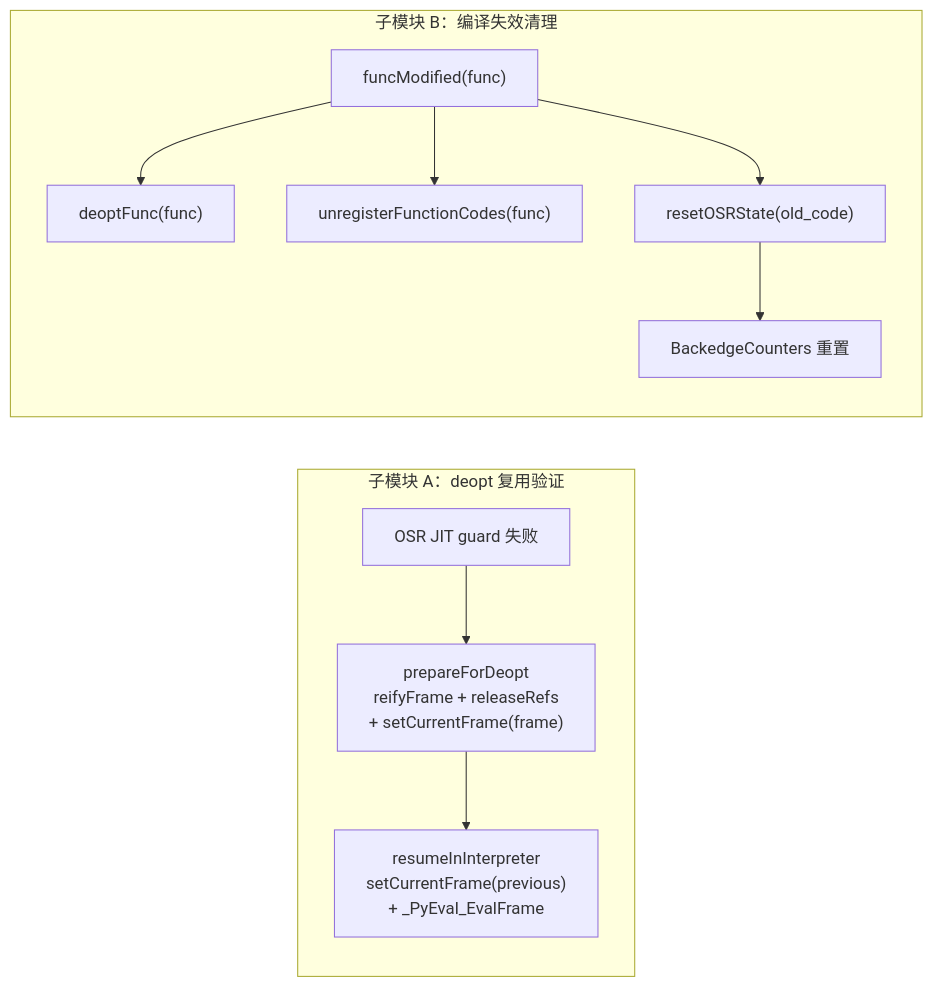
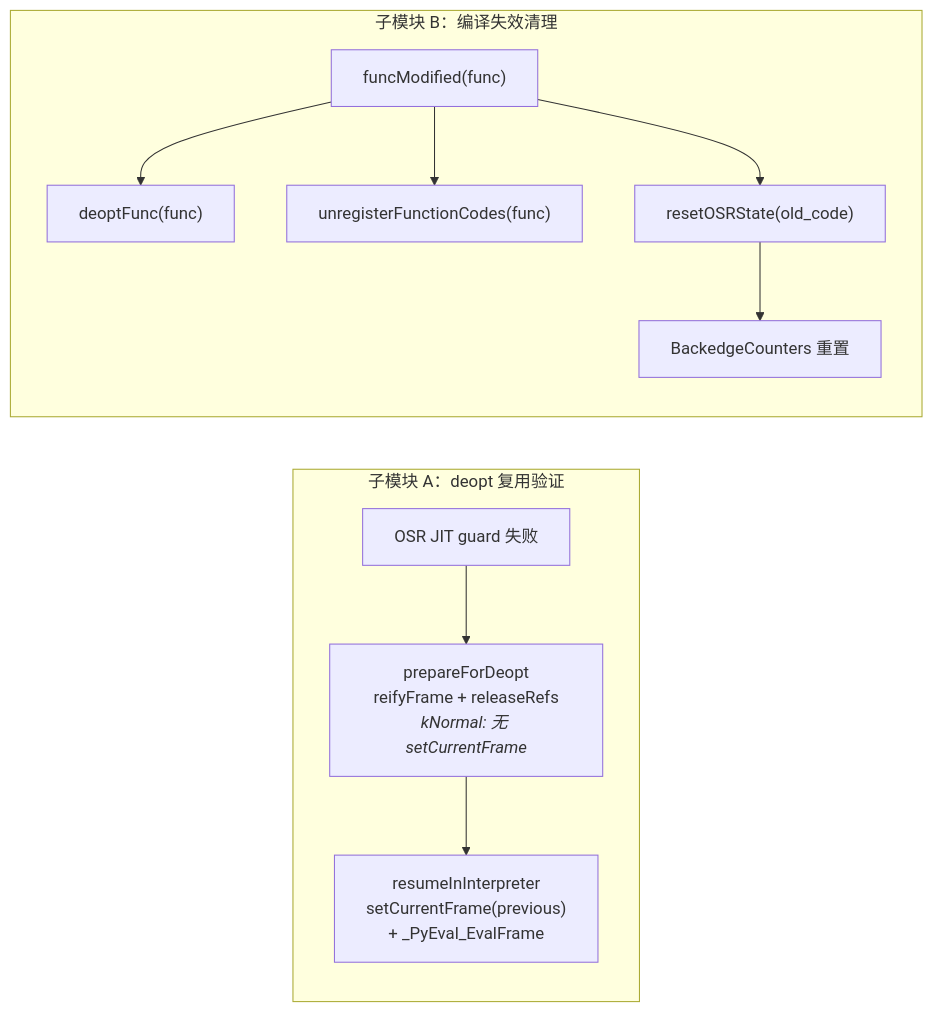
The diagram in docs/design/hot-loop-osr/hot-loop-osr-exit-degrade-detailed-design.md (Cookie4Cat/cinderx-dev), drawn with Mermaid before and after one commit. The commit also changed other lines of this file and 2 other files, not shown here.

````diff
--- a/docs/design/hot-loop-osr/hot-loop-osr-exit-degrade-detailed-design.md
+++ b/docs/design/hot-loop-osr/hot-loop-osr-exit-degrade-detailed-design.md
@@ -299,16 +333,16 @@
 ```mermaid
 flowchart LR
     subgraph "子模块 A：deopt 复用验证"
         T["OSR JIT guard 失败"]
-        T --> PFD["prepareForDeopt<br/>reifyFrame + releaseRefs<br/>+ setCurrentFrame(frame)"]
+        T --> PFD["prepareForDeopt<br/>reifyFrame + releaseRefs<br/><i>kNormal: 无 setCurrentFrame</i>"]
         PFD --> RI["resumeInInterpreter<br/>setCurrentFrame(previous)<br/>+ _PyEval_EvalFrame"]
     end
 
     subgraph "子模块 B：编译失效清理"
         FM["funcModified(func)"]
         FM --> DF["deoptFunc(func)"]
         FM --> UF["unregisterFunctionCodes(func)"]
         FM --> RS["resetOSRState(old_code)"]
         RS --> BC["BackedgeCounters 重置"]
     end
 ```
````
